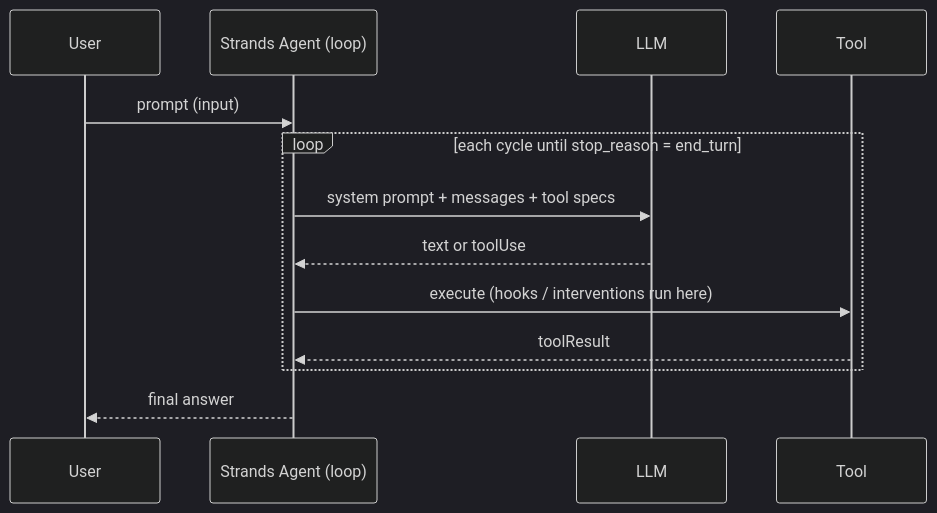
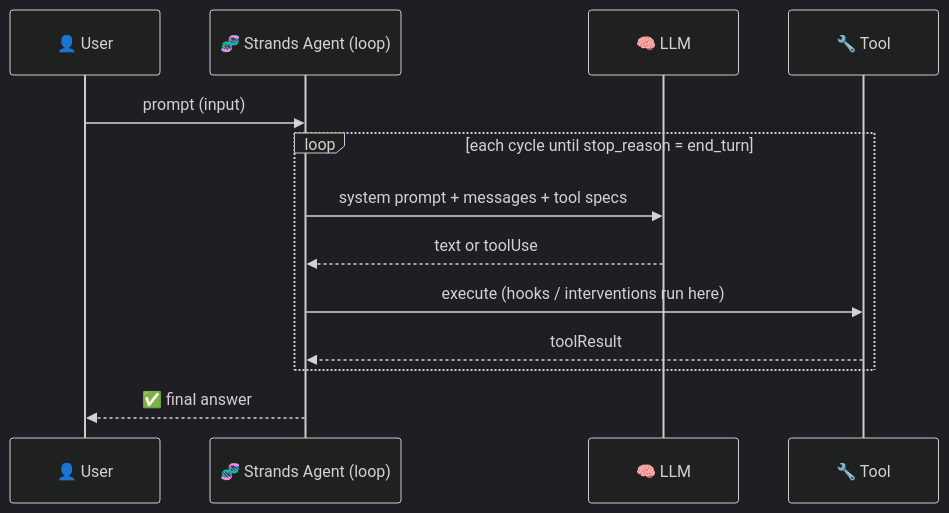
Before and after one commit to san99tiago/aws-strands-agents-demo: the second of 2 diagrams in README.md, drawn with Mermaid (dark theme). The commit also changed other lines of this file and 3 other files, not shown here.

````diff
--- a/README.md
+++ b/README.md
@@ -28,15 +35,15 @@
 ```mermaid
 sequenceDiagram
-    participant User
-    participant Agent as Strands Agent (loop)
-    participant Model as LLM
-    participant Tool
+    participant User as 👤 User
+    participant Agent as 🧬 Strands Agent (loop)
+    participant Model as 🧠 LLM
+    participant Tool as 🔧 Tool
     User->>Agent: prompt (input)
     loop each cycle until stop_reason = end_turn
         Agent->>Model: system prompt + messages + tool specs
         Model-->>Agent: text or toolUse
         Agent->>Tool: execute (hooks / interventions run here)
         Tool-->>Agent: toolResult
     end
-    Agent-->>User: final answer
+    Agent-->>User: ✅ final answer
 ```
````
